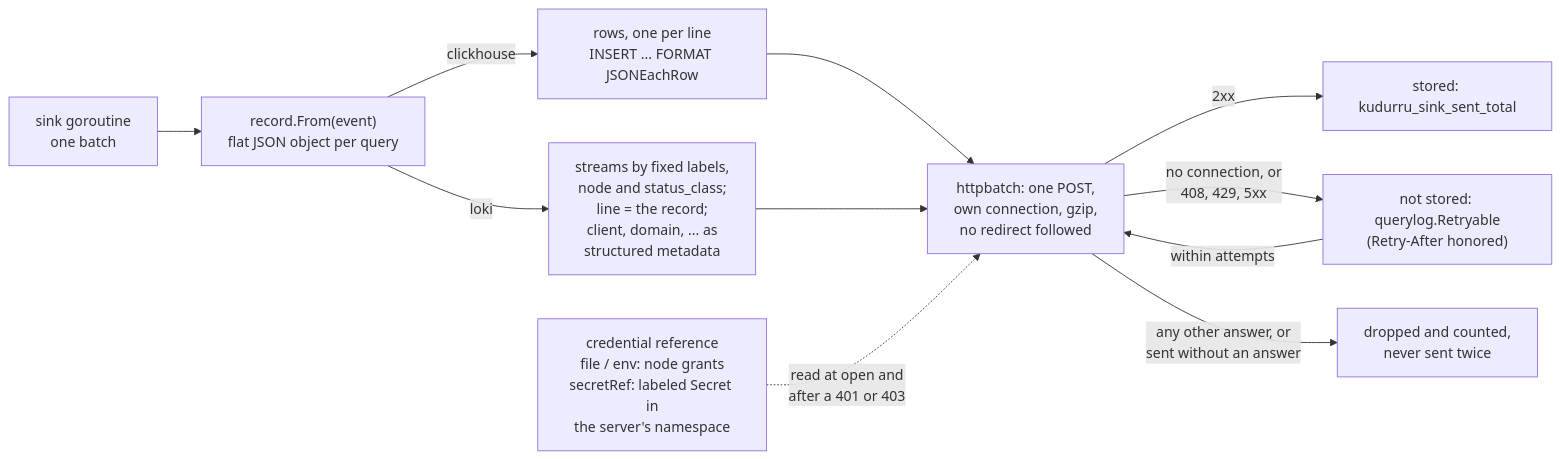
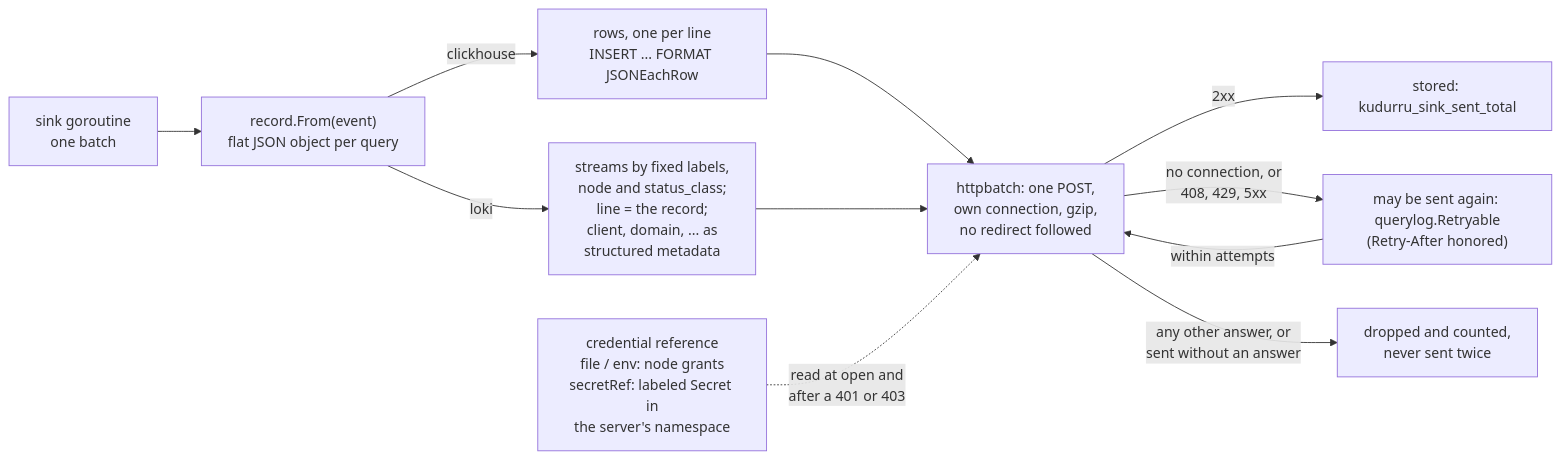
Before and after one commit to robertherbaugh/kudurru: the second of 5 diagrams in docs/architecture/observability.md, drawn with Mermaid. The commit also changed other lines of this file and 2 other files, not shown here.

First line of the commit message:
docs(querylog): stop calling a 5xx proof that nothing was stored

````diff
--- a/docs/architecture/observability.md
+++ b/docs/architecture/observability.md
@@ -250,13 +250,13 @@
 ```mermaid
 flowchart LR
     SW["sink goroutine<br/>one batch"] --> REC["record.From(event)<br/>flat JSON object per query"]
     REC -->|"clickhouse"| CHB["rows, one per line<br/>INSERT ... FORMAT JSONEachRow"]
     REC -->|"loki"| LKB["streams by fixed labels,<br/>node and status_class;<br/>line = the record;<br/>client, domain, ... as<br/>structured metadata"]
     CHB --> POST["httpbatch: one POST,<br/>own connection, gzip,<br/>no redirect followed"]
     LKB --> POST
     CRED["credential reference<br/>file / env: node grants<br/>secretRef: labeled Secret in<br/>the server's namespace"] -.->|"read at open and<br/>after a 401 or 403"| POST
     POST -->|"2xx"| OK["stored: kudurru_sink_sent_total"]
-    POST -->|"no connection, or<br/>408, 429, 5xx"| RETRY["not stored: querylog.Retryable<br/>(Retry-After honored)"]
+    POST -->|"no connection, or<br/>408, 429, 5xx"| RETRY["may be sent again: querylog.Retryable<br/>(Retry-After honored)"]
     POST -->|"any other answer, or<br/>sent without an answer"| DROPPED["dropped and counted,<br/>never sent twice"]
     RETRY -->|"within attempts"| POST
 ```
````
